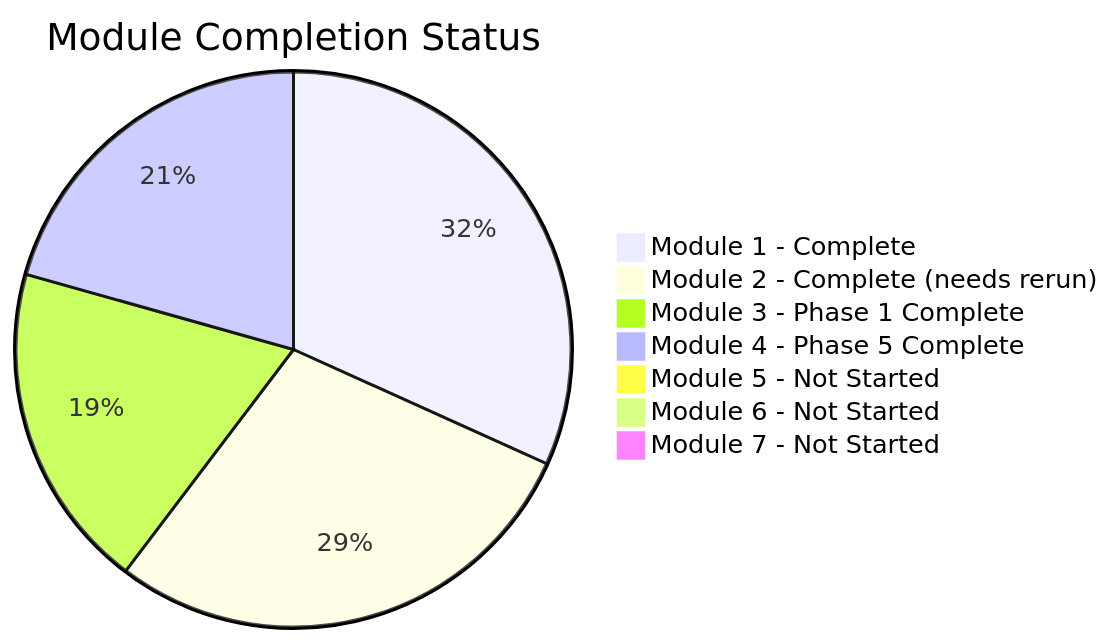
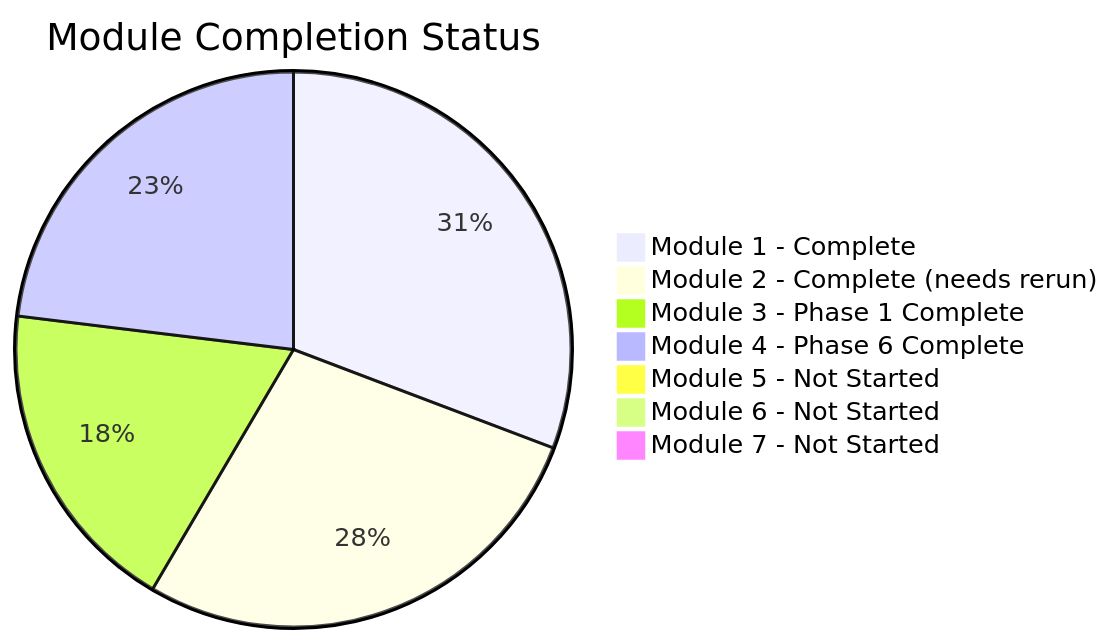
One commit to moinhs1/extracting-features changed the second of 3 diagrams in docs/progress.md. Above: the diagram before and after it, drawn with Mermaid. The commit also changed other lines of this file and 2 other files, not shown here.

First line of the commit message:
docs: update documentation for Phase 6 Layer 4 completion

````diff
--- a/docs/progress.md
+++ b/docs/progress.md
@@ -53,10 +54,10 @@
 ```mermaid
 pie title Module Completion Status
     "Module 1 - Complete" : 100
     "Module 2 - Complete (needs rerun)" : 90
     "Module 3 - Phase 1 Complete" : 60
-    "Module 4 - Phase 5 Complete" : 65
+    "Module 4 - Phase 6 Complete" : 75
     "Module 5 - Not Started" : 0
     "Module 6 - Not Started" : 0
     "Module 7 - Not Started" : 0
 ```
````
